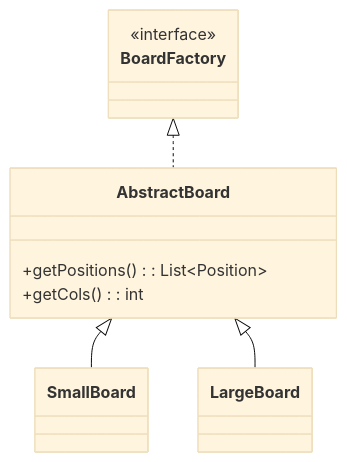
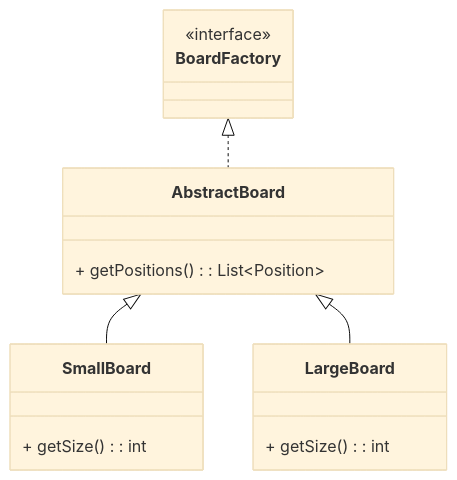
Before and after one commit to SirRmelTheThird/HyperJump: the fifth of 14 diagrams in README.md, drawn with Mermaid (base theme). The commit also changed other lines of this file and 1 other file, not shown here.

````diff
--- a/README.md
+++ b/README.md
@@ -283,18 +285,23 @@
 ```mermaid
 classDiagram
     AbstractBoard <|-- SmallBoard
     AbstractBoard <|-- LargeBoard
     BoardFactory <|.. AbstractBoard
 
     class BoardFactory {
         <<interface>>
     }
 
     class AbstractBoard {
-        +getPositions(): List~Position~
-        +getCols(): int
+        + getPositions(): List~Position~
     }
 
-    class SmallBoard
-    class LargeBoard
+    class SmallBoard {
+        + getSize(): int
+    }
+
+    class LargeBoard {
+        + getSize(): int
+    }
+
 ```
````
